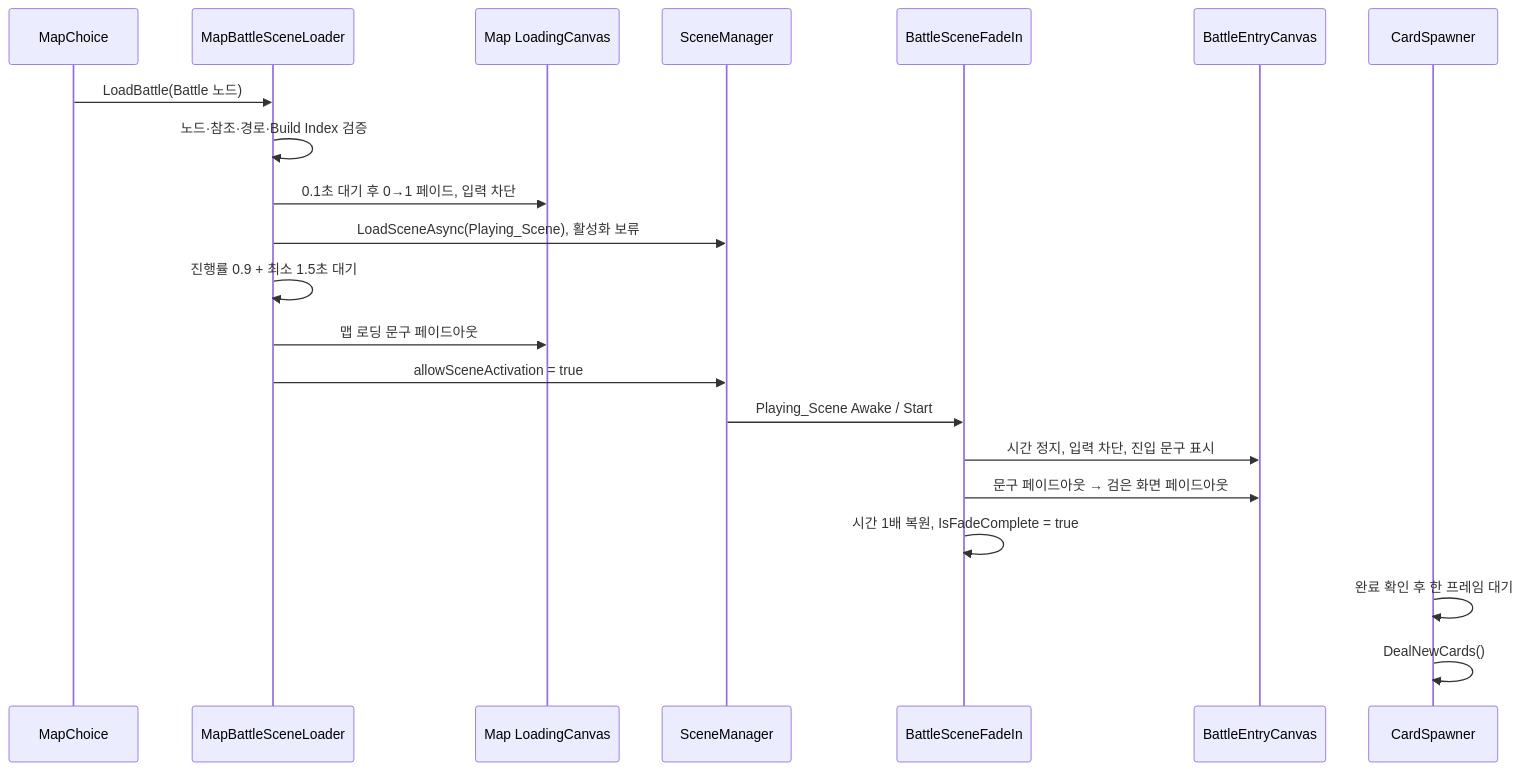
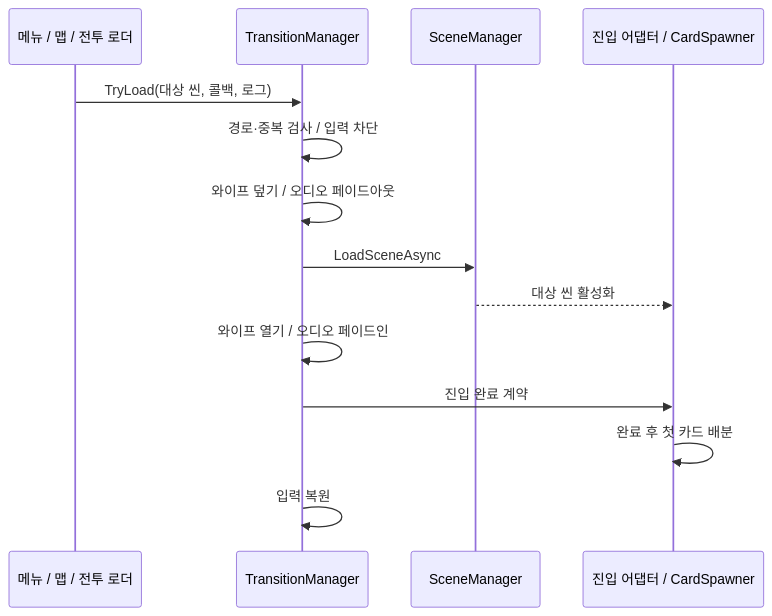
One commit to icrf-hot/Randint_Strategy_Record changed the diagram in wiki/01 시스템/씬 전환 및 로딩.md. Above: the diagram before and after it, drawn with Mermaid. The commit also changed other lines of this file and 79 other files, not shown here.

````diff
--- a/wiki/01 시스템/씬 전환 및 로딩.md
+++ b/wiki/01 시스템/씬 전환 및 로딩.md
@@ -30,24 +20,16 @@
 ```mermaid
 sequenceDiagram
-    participant Choice as MapChoice
-    participant MapLoader as MapBattleSceneLoader
-    participant MapUI as Map LoadingCanvas
+    participant Caller as 메뉴 / 맵 / 전투 로더
+    participant Transition as TransitionManager
     participant Scene as SceneManager
-    participant BattleFade as BattleSceneFadeIn
-    participant BattleUI as BattleEntryCanvas
-    participant Cards as CardSpawner
-
-    Choice->>MapLoader: LoadBattle(Battle 노드)
-    MapLoader->>MapLoader: 노드·참조·경로·Build Index 검증
-    MapLoader->>MapUI: 0.1초 대기 후 0→1 페이드, 입력 차단
-    MapLoader->>Scene: LoadSceneAsync(Playing_Scene), 활성화 보류
-    MapLoader->>MapLoader: 진행률 0.9 + 최소 1.5초 대기
-    MapLoader->>MapUI: 맵 로딩 문구 페이드아웃
-    MapLoader->>Scene: allowSceneActivation = true
-    Scene->>BattleFade: Playing_Scene Awake / Start
-    BattleFade->>BattleUI: 시간 정지, 입력 차단, 진입 문구 표시
-    BattleFade->>BattleUI: 문구 페이드아웃 → 검은 화면 페이드아웃
-    BattleFade->>BattleFade: 시간 1배 복원, IsFadeComplete = true
-    Cards->>Cards: 완료 확인 후 한 프레임 대기
-    Cards->>Cards: DealNewCards()
+    participant Entry as 진입 어댑터 / CardSpawner
+    Caller->>Transition: TryLoad(대상 씬, 콜백, 로그)
+    Transition->>Transition: 경로·중복 검사 / 입력 차단
+    Transition->>Transition: 와이프 덮기 / 오디오 페이드아웃
+    Transition->>Scene: LoadSceneAsync
+    Scene-->>Entry: 대상 씬 활성화
+    Transition->>Transition: 와이프 열기 / 오디오 페이드인
+    Transition->>Entry: 진입 완료 계약
+    Entry->>Entry: 완료 후 첫 카드 배분
+    Transition->>Transition: 입력 복원
 ```
````
